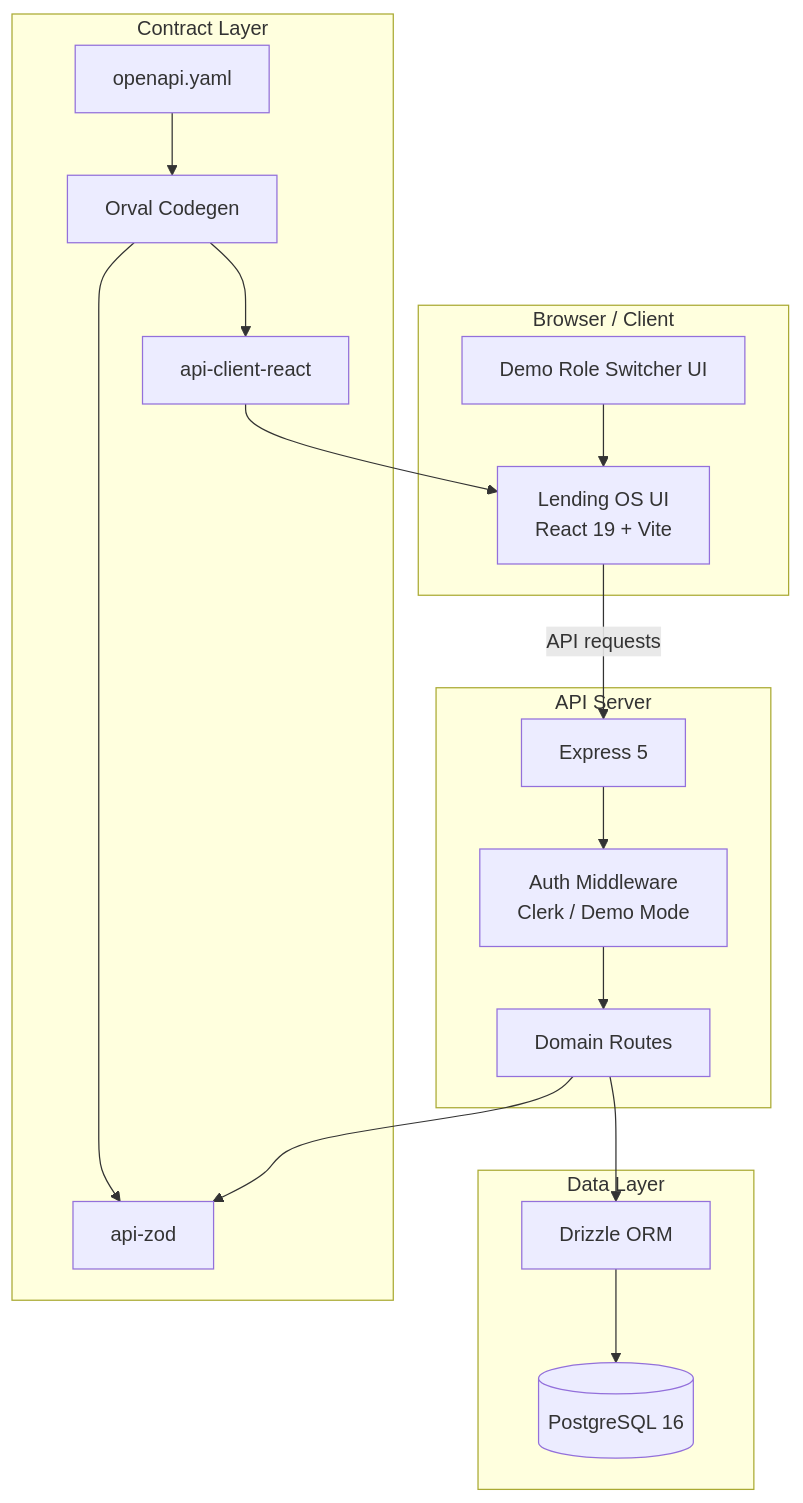
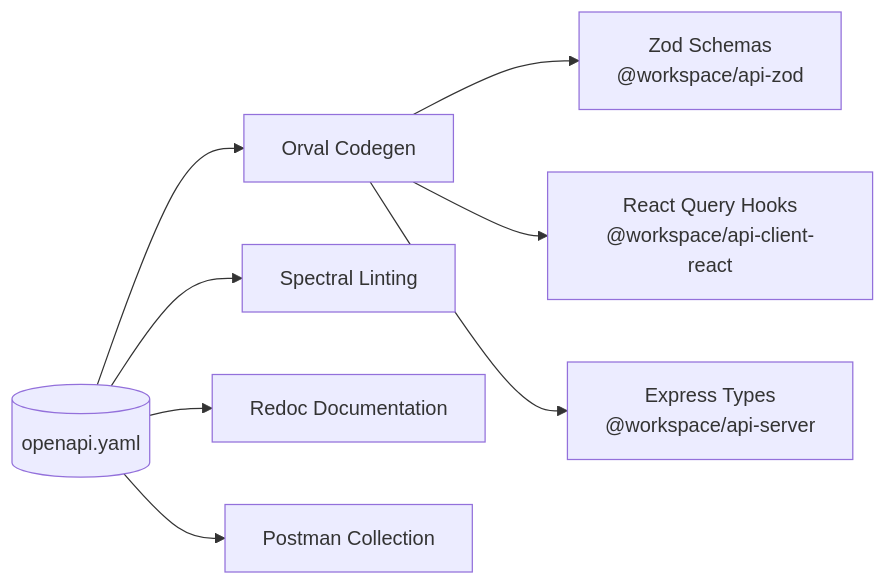
One commit to chahalbaljinder/LenderOS changed diagram 11 of 14 in README.md. Above: the diagram before and after it, drawn with Mermaid. The commit also changed other lines of this file, not shown here.

````diff
--- a/README.md
+++ b/README.md
@@ -30,41 +1108,10 @@
 ```mermaid
-flowchart TB
-
-subgraph client["Browser / Client"]
-    UI["Lending OS UI<br>React 19 + Vite"]
-    RoleSwitcher["Demo Role Switcher UI"]
-end
-
-subgraph api["API Server"]
-    Express["Express 5"]
-    AuthMW["Auth Middleware<br>Clerk / Demo Mode"]
-    Routes["Domain Routes"]
-end
-
-subgraph data["Data Layer"]
-    PG[(PostgreSQL 16)]
-    Drizzle["Drizzle ORM"]
-end
-
-subgraph codegen["Contract Layer"]
-    OpenAPI["openapi.yaml"]
-    Orval["Orval Codegen"]
-    ZodSchemas["api-zod"]
-    ReactHooks["api-client-react"]
-end
-
-RoleSwitcher --> UI
-UI -->|"API requests"| Express
-
-Express --> AuthMW
-AuthMW --> Routes
-Routes --> Drizzle
-Drizzle --> PG
-
-OpenAPI --> Orval
-Orval --> ZodSchemas
-Orval --> ReactHooks
-
-ReactHooks --> UI
-Routes --> ZodSchemas
+flowchart LR
+    OpenAPI[(openapi.yaml)] --> Orval[Orval Codegen]
+    Orval --> Zod[Zod Schemas\n@workspace/api-zod]
+    Orval --> ReactHooks[React Query Hooks\n@workspace/api-client-react]
+    Orval --> ExpressTypes[Express Types\n@workspace/api-server]
+    OpenAPI --> Spectral[Spectral Linting]
+    OpenAPI --> Redoc[Redoc Documentation]
+    OpenAPI --> Postman[Postman Collection]
 ```
````
